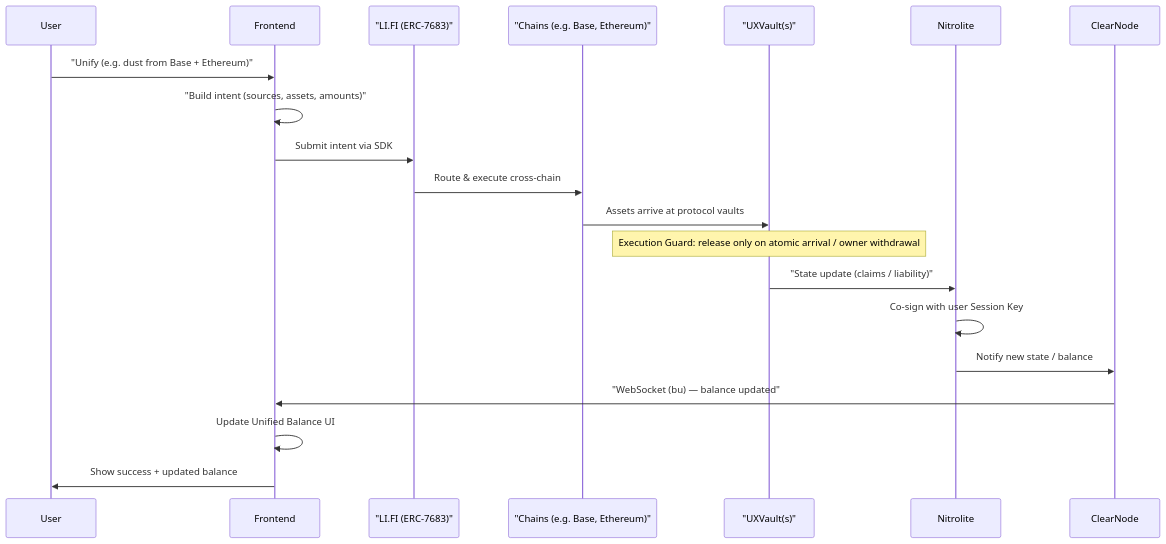
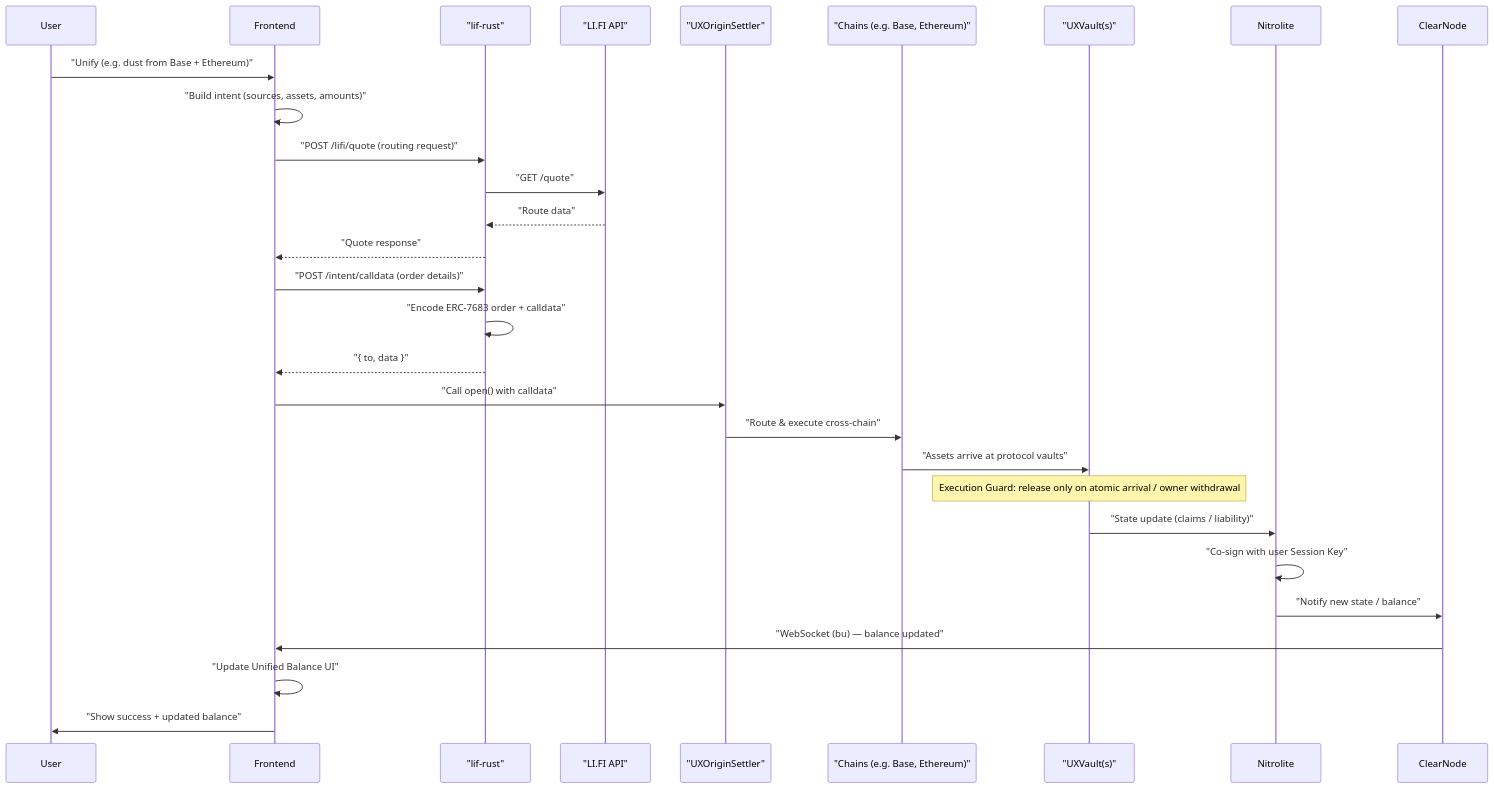
The third of 5 diagrams in .context/diagrams.md (0xarcano/UXWallet), drawn with Mermaid before and after one commit. The commit also changed other lines of this file and 9 other files, not shown here.

Commit message:
(docs): update documentation with the Lif-rust integration docs

````diff
--- a/.context/diagrams.md
+++ b/.context/diagrams.md
@@ -98,27 +107,37 @@
 ```mermaid
 sequenceDiagram
     participant U as User
     participant F as Frontend
-    participant LIFI as "LI.FI (ERC-7683)"
+    participant LR as "lif-rust"
+    participant LIFI as "LI.FI API"
+    participant OS as "UXOriginSettler"
     participant Chains as "Chains (e.g. Base, Ethereum)"
     participant V as "UXVault(s)"
     participant N as Nitrolite
     participant CN as ClearNode
 
     U->>F: "Unify (e.g. dust from Base + Ethereum)"
     F->>F: "Build intent (sources, assets, amounts)"
-    F->>LIFI: Submit intent via SDK
-
-    LIFI->>Chains: Route & execute cross-chain
-    Chains->>V: Assets arrive at protocol vaults
+    F->>LR: "POST /lifi/quote (routing request)"
+    LR->>LIFI: "GET /quote"
+    LIFI-->>LR: "Route data"
+    LR-->>F: "Quote response"
+    
+    F->>LR: "POST /intent/calldata (order details)"
+    LR->>LR: "Encode ERC-7683 order + calldata"
+    LR-->>F: "{ to, data }"
+    
+    F->>OS: "Call open() with calldata"
+    OS->>Chains: "Route & execute cross-chain"
+    Chains->>V: "Assets arrive at protocol vaults"
 
     Note over V: Execution Guard: release only on atomic arrival / owner withdrawal
 
     V->>N: "State update (claims / liability)"
-    N->>N: Co-sign with user Session Key
-    N->>CN: Notify new state / balance
+    N->>N: "Co-sign with user Session Key"
+    N->>CN: "Notify new state / balance"
 
     CN->>F: "WebSocket (bu) — balance updated"
-    F->>F: Update Unified Balance UI
-    F->>U: Show success + updated balance
+    F->>F: "Update Unified Balance UI"
+    F->>U: "Show success + updated balance"
 ```
````
